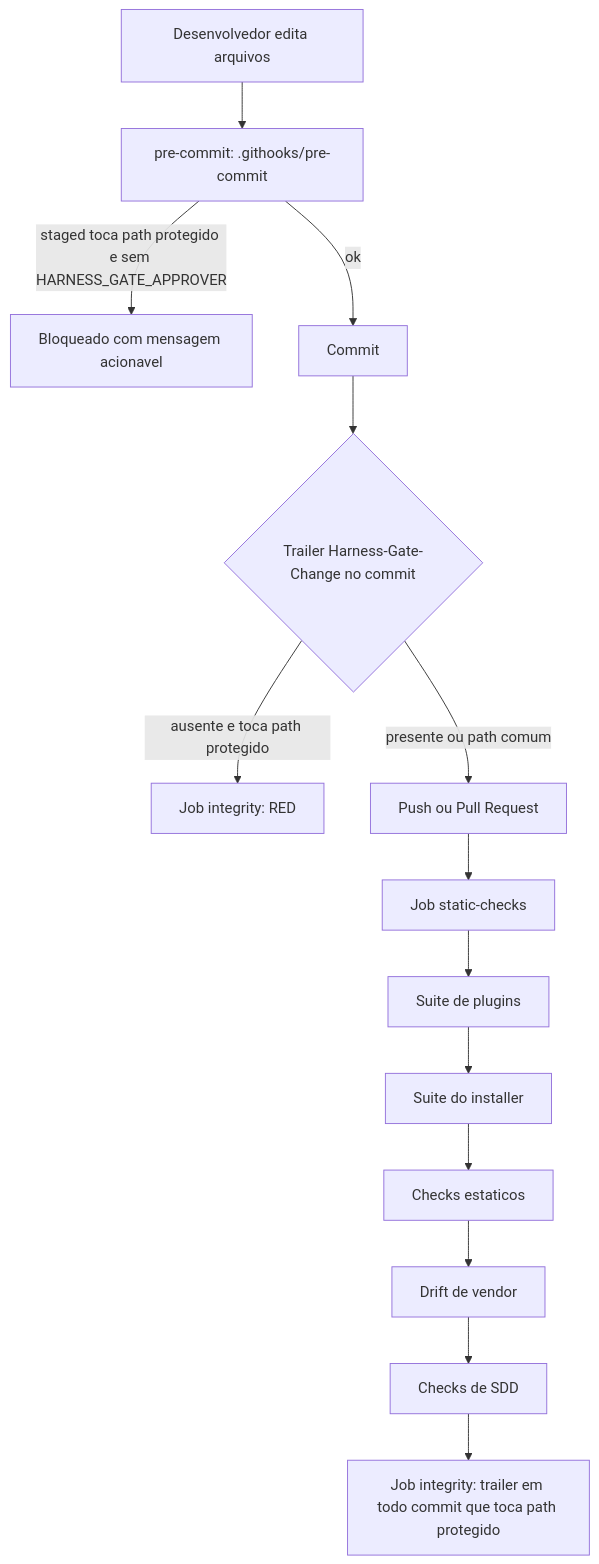
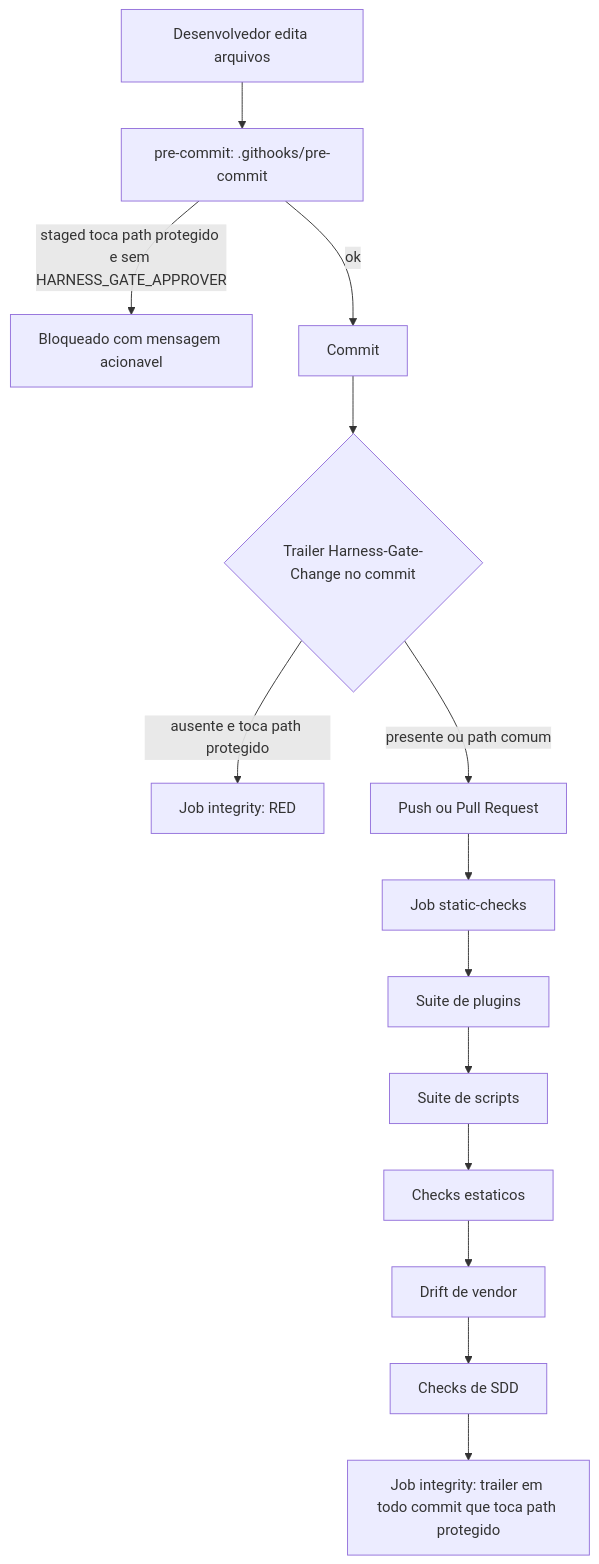
Before and after one commit to freitasjh/harness: the seventh of 7 diagrams in docs/FUNCIONAMENTO.md, drawn with Mermaid. The commit also changed other lines of this file and 176 other files, not shown here.

````diff
--- a/docs/FUNCIONAMENTO.md
+++ b/docs/FUNCIONAMENTO.md
@@ -556,16 +557,16 @@
 ```mermaid
 flowchart TD
     DEV[Desenvolvedor edita arquivos] --> PRE[pre-commit: .githooks/pre-commit]
     PRE -->|staged toca path protegido e sem HARNESS_GATE_APPROVER| BLOCK[Bloqueado com mensagem acionavel]
     PRE -->|ok| COMMIT[Commit]
     COMMIT --> TRAILER{Trailer Harness-Gate-Change no commit}
     TRAILER -->|ausente e toca path protegido| RED[Job integrity: RED]
     TRAILER -->|presente ou path comum| PUSH[Push ou Pull Request]
     PUSH --> J1[Job static-checks]
     J1 --> C1[Suite de plugins]
-    C1 --> C2[Suite do installer]
+    C1 --> C2[Suite de scripts]
     C2 --> C3[Checks estaticos]
     C3 --> C4[Drift de vendor]
     C4 --> C5[Checks de SDD]
     C5 --> J2[Job integrity: trailer em todo commit que toca path protegido]
 ```
````
